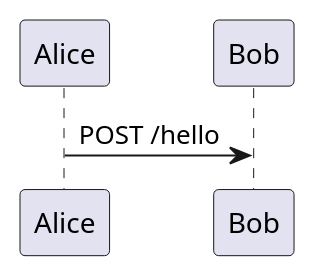
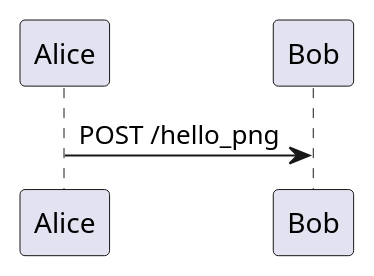
Before and after one commit to hugojosefson/docker-markdown: the first of 3 diagrams in README.md, drawn with PlantUML. The commit also changed other lines of this file, not shown here.

Commit message:
Render plantuml to png, svg, txt.

````diff
--- a/README.md
+++ b/README.md
@@ -36,5 +36,5 @@
 ```plantuml
 @startuml
-Alice -> Bob : POST /hello
+Alice -> Bob : POST /hello_png
 @enduml
 ```
````
